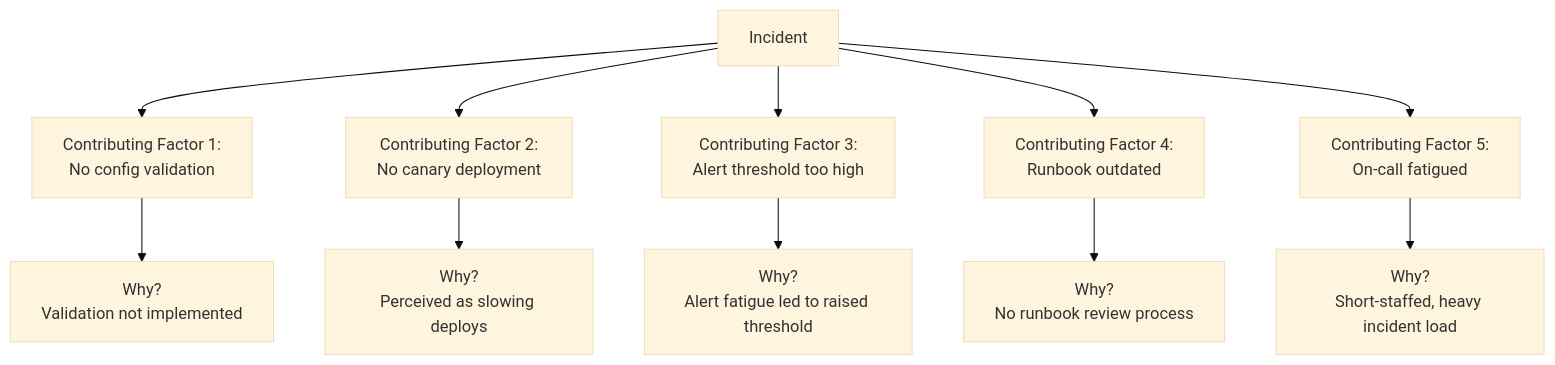
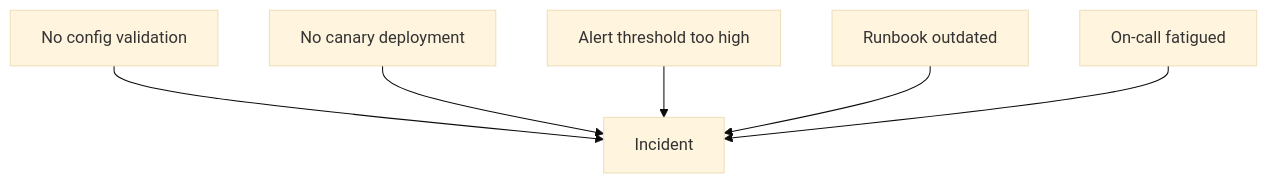
One commit to webstackdev/astro.webstackbuilders.com changed the diagram in src/content/articles/blameless-postmortem-incident-analysis-systemic-causes/index.mdx. Above: the diagram before and after it, drawn with Mermaid (base theme). The commit also changed other lines of this file and 4 other files, not shown here.

````diff
--- a/src/content/articles/blameless-postmortem-incident-analysis-systemic-causes/index.mdx
+++ b/src/content/articles/blameless-postmortem-incident-analysis-systemic-causes/index.mdx
@@ -354,14 +76,8 @@
 ```mermaid
 graph TD
-    A[Incident] --> B[Contributing Factor 1:<br/>No config validation]
-    A --> C[Contributing Factor 2:<br/>No canary deployment]
-    A --> D[Contributing Factor 3:<br/>Alert threshold too high]
-    A --> E[Contributing Factor 4:<br/>Runbook outdated]
-    A --> F[Contributing Factor 5:<br/>On-call fatigued]
-
-    B --> G[Why?<br/>Validation not implemented]
-    C --> H[Why?<br/>Perceived as slowing deploys]
-    D --> I[Why?<br/>Alert fatigue led to raised threshold]
-    E --> J[Why?<br/>No runbook review process]
-    F --> K[Why?<br/>Short-staffed, heavy incident load]
+    B[No config validation] --> A[Incident]
+    C[No canary deployment] --> A
+    D[Alert threshold too high] --> A
+    E[Runbook outdated] --> A
+    F[On-call fatigued] --> A
 ```
````
